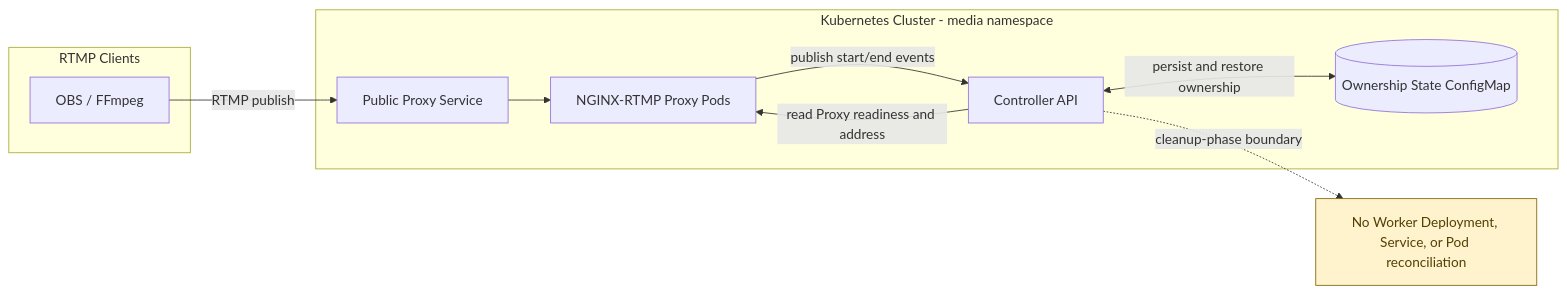
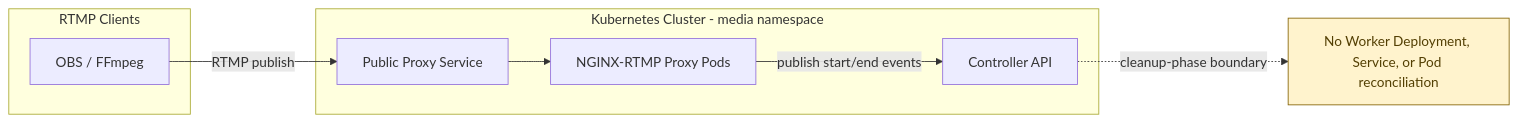
Before and after one commit to JadsonLucena/LiveEdgeCast: the diagram in diagrams/component.mmd, drawn with Mermaid. The commit also changed 10 other files, not shown here.

```diff
--- a/diagrams/component.mmd
+++ b/diagrams/component.mmd
@@ -1,20 +1,17 @@
 flowchart LR
     subgraph Clients[RTMP Clients]
         OBS[OBS / FFmpeg]
     end
 
     subgraph K8sCluster[Kubernetes Cluster - media namespace]
         PublicService[Public Proxy Service]
         Proxies[NGINX-RTMP Proxy Pods]
         Controller[Controller API]
-        State[(Ownership State ConfigMap)]
     end
 
     OBS -->|RTMP publish| PublicService
     PublicService --> Proxies
     Proxies -->|publish start/end events| Controller
-    Controller -->|read Proxy readiness and address| Proxies
-    Controller <-->|persist and restore ownership| State
     Boundary[No Worker Deployment, Service, or Pod reconciliation]:::note
     Controller -. cleanup-phase boundary .-> Boundary
     classDef note fill:#fff3cd,stroke:#856404,color:#533f03
```
